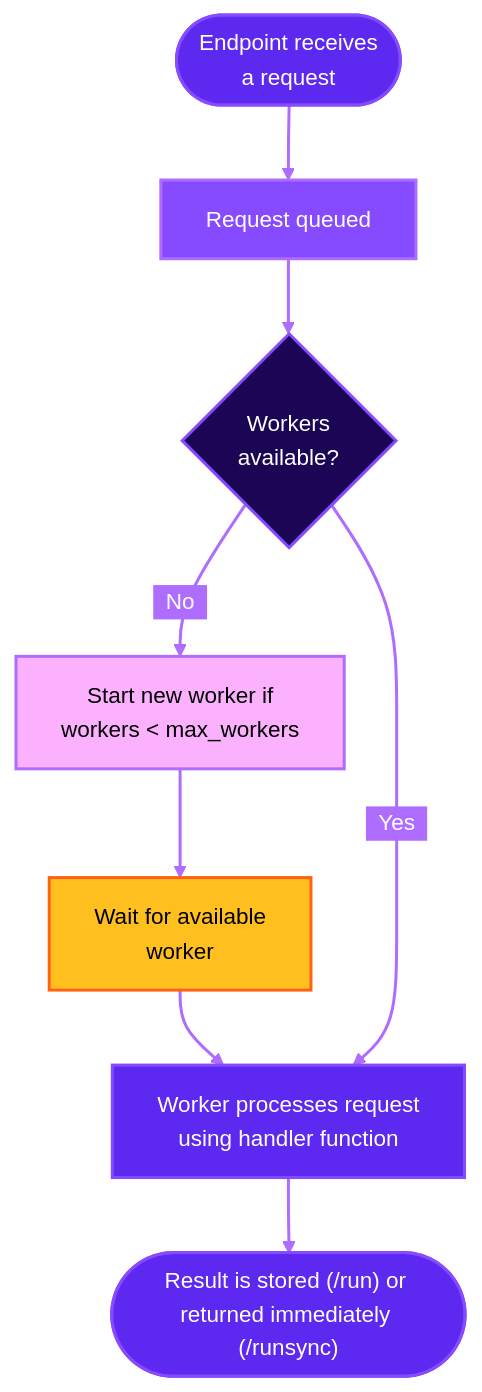
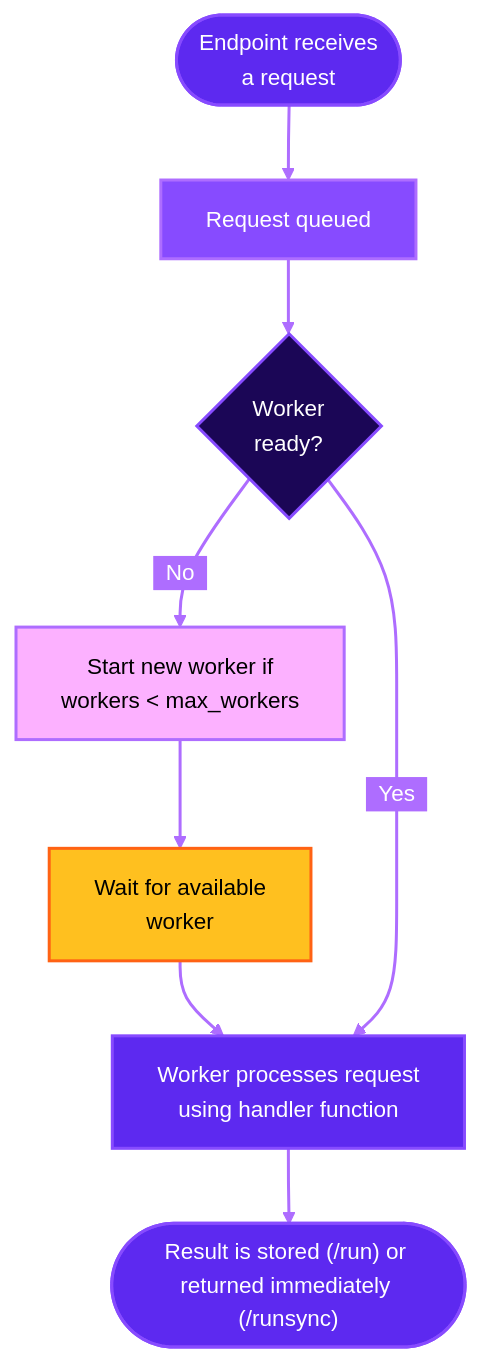
Before and after one commit to runpod/docs: the diagram in serverless/overview.mdx, drawn with Mermaid. The commit also changed 1 other file, not shown here.

Commit message:
worker ready

````diff
--- a/serverless/overview.mdx
+++ b/serverless/overview.mdx
@@ -69,27 +69,27 @@
 ```mermaid
 %%{init: {'theme':'base', 'themeVariables': { 'primaryColor':'#5D29F0','primaryTextColor':'#fff','primaryBorderColor':'#874BFF','lineColor':'#AE6DFF','secondaryColor':'#AE6DFF','tertiaryColor':'#FCB1FF','edgeLabelBackground':'#AE6DFF', 'fontSize':'15px','fontFamily':'font-inter'}}}%%
 
 flowchart TD
     Start([Endpoint receives<br/>a request]) --> Queue[Request queued]
     
-    Queue --> CheckActive{Workers<br/>available?}
+    Queue --> CheckActive{Worker<br/>ready?}
     
     CheckActive -->|"&nbsp;&nbsp;No&nbsp;&nbsp;"| ColdStart[Start new worker if<br/> workers < max_workers]
 
     ColdStart --> WaitWorker[Wait for available<br/>worker]
     
     WaitWorker --> Process[Worker processes request<br/>using handler function]
     
     CheckActive -->|"&nbsp;&nbsp;Yes&nbsp;&nbsp;"| Process
     
     Process --> End(["Result is stored (/run) or returned immediately (/runsync)"])
     
     style CheckActive fill:#1B0656,stroke:#874BFF,color:#FFFFFF,stroke-width:2px
     style Start fill:#5D29F0,stroke:#874BFF,color:#FFFFFF,stroke-width:2px
     style End fill:#5D29F0,stroke:#874BFF,color:#FFFFFF,stroke-width:2px
     style ColdStart fill:#FCB1FF,stroke:#AE6DFF,color:#000000,stroke-width:2px
     style Queue fill:#874BFF,stroke:#AE6DFF,color:#FFFFFF,stroke-width:2px
     style WaitWorker fill:#FFC01F,stroke:#FF6214,color:#000000,stroke-width:2px
     style Process fill:#5D29F0,stroke:#874BFF,color:#FFFFFF,stroke-width:2px
     linkStyle default stroke-width:2px
 ```
````
